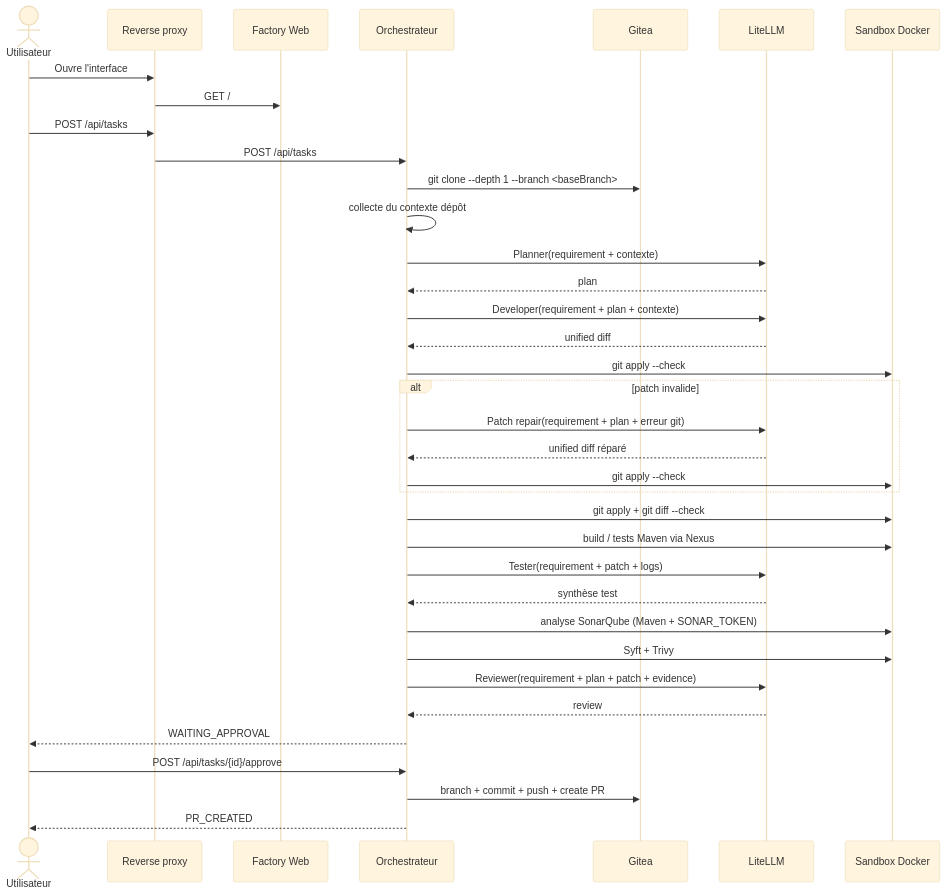
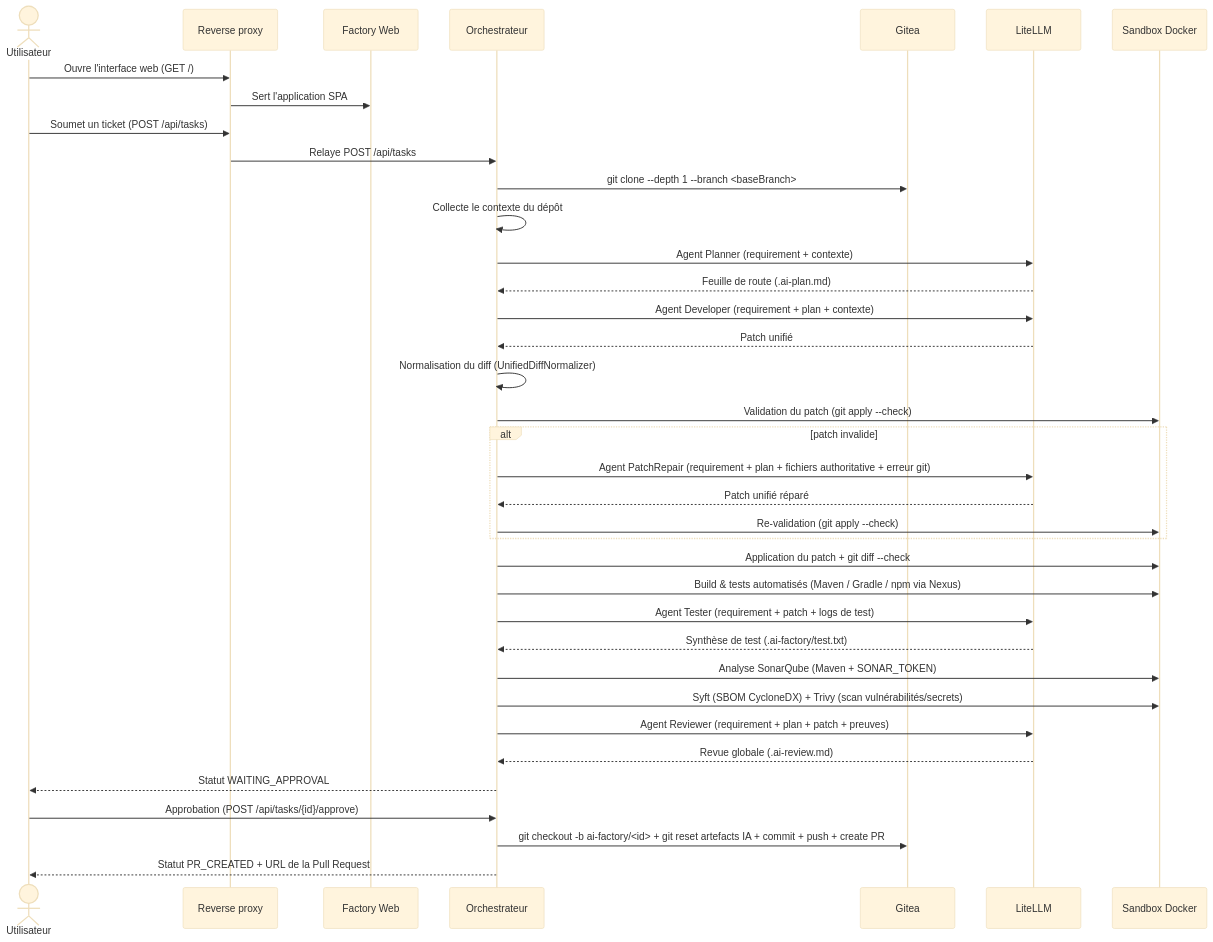
One commit to dbeaumont/ai-software-factory-local changed the third of 3 diagrams in docs/architecture.md. Above: the diagram before and after it, drawn with Mermaid (base theme). The commit also changed other lines of this file and 5 other files, not shown here.

````diff
--- a/docs/architecture.md
+++ b/docs/architecture.md
@@ -84,39 +82,40 @@
 ```mermaid
 sequenceDiagram
   actor U as Utilisateur
   participant P as Reverse proxy
   participant W as Factory Web
   participant O as Orchestrateur
   participant G as Gitea
   participant L as LiteLLM
   participant S as Sandbox Docker
 
-  U->>P: Ouvre l'interface
-  P->>W: GET /
-  U->>P: POST /api/tasks
-  P->>O: POST /api/tasks
+  U->>P: Ouvre l'interface web (GET /)
+  P->>W: Sert l'application SPA
+  U->>P: Soumet un ticket (POST /api/tasks)
+  P->>O: Relaye POST /api/tasks
   O->>G: git clone --depth 1 --branch <baseBranch>
-  O->>O: collecte du contexte dépôt
-  O->>L: Planner(requirement + contexte)
-  L-->>O: plan
-  O->>L: Developer(requirement + plan + contexte)
-  L-->>O: unified diff
-  O->>S: git apply --check
+  O->>O: Collecte le contexte du dépôt
+  O->>L: Agent Planner (requirement + contexte)
+  L-->>O: Feuille de route (.ai-plan.md)
+  O->>L: Agent Developer (requirement + plan + contexte)
+  L-->>O: Patch unifié
+  O->>O: Normalisation du diff (UnifiedDiffNormalizer)
+  O->>S: Validation du patch (git apply --check)
   alt patch invalide
-    O->>L: Patch repair(requirement + plan + erreur git)
-    L-->>O: unified diff réparé
-    O->>S: git apply --check
+    O->>L: Agent PatchRepair (requirement + plan + fichiers authoritative + erreur git)
+    L-->>O: Patch unifié réparé
+    O->>S: Re-validation (git apply --check)
   end
-  O->>S: git apply + git diff --check
-  O->>S: build / tests Maven via Nexus
-  O->>L: Tester(requirement + patch + logs)
-  L-->>O: synthèse test
-  O->>S: analyse SonarQube (Maven + SONAR_TOKEN)
-  O->>S: Syft + Trivy
-  O->>L: Reviewer(requirement + plan + patch + evidence)
-  L-->>O: review
-  O-->>U: WAITING_APPROVAL
-  U->>O: POST /api/tasks/{id}/approve
-  O->>G: branch + commit + push + create PR
-  O-->>U: PR_CREATED
+  O->>S: Application du patch + git diff --check
+  O->>S: Build & tests automatisés (Maven / Gradle / npm via Nexus)
+  O->>L: Agent Tester (requirement + patch + logs de test)
+  L-->>O: Synthèse de test (.ai-factory/test.txt)
+  O->>S: Analyse SonarQube (Maven + SONAR_TOKEN)
+  O->>S: Syft (SBOM CycloneDX) + Trivy (scan vulnérabilités/secrets)
+  O->>L: Agent Reviewer (requirement + plan + patch + preuves)
+  L-->>O: Revue globale (.ai-review.md)
+  O-->>U: Statut WAITING_APPROVAL
+  U->>O: Approbation (POST /api/tasks/{id}/approve)
+  O->>G: git checkout -b ai-factory/<id> + git reset artefacts IA + commit + push + create PR
+  O-->>U: Statut PR_CREATED + URL de la Pull Request
 ```
````
